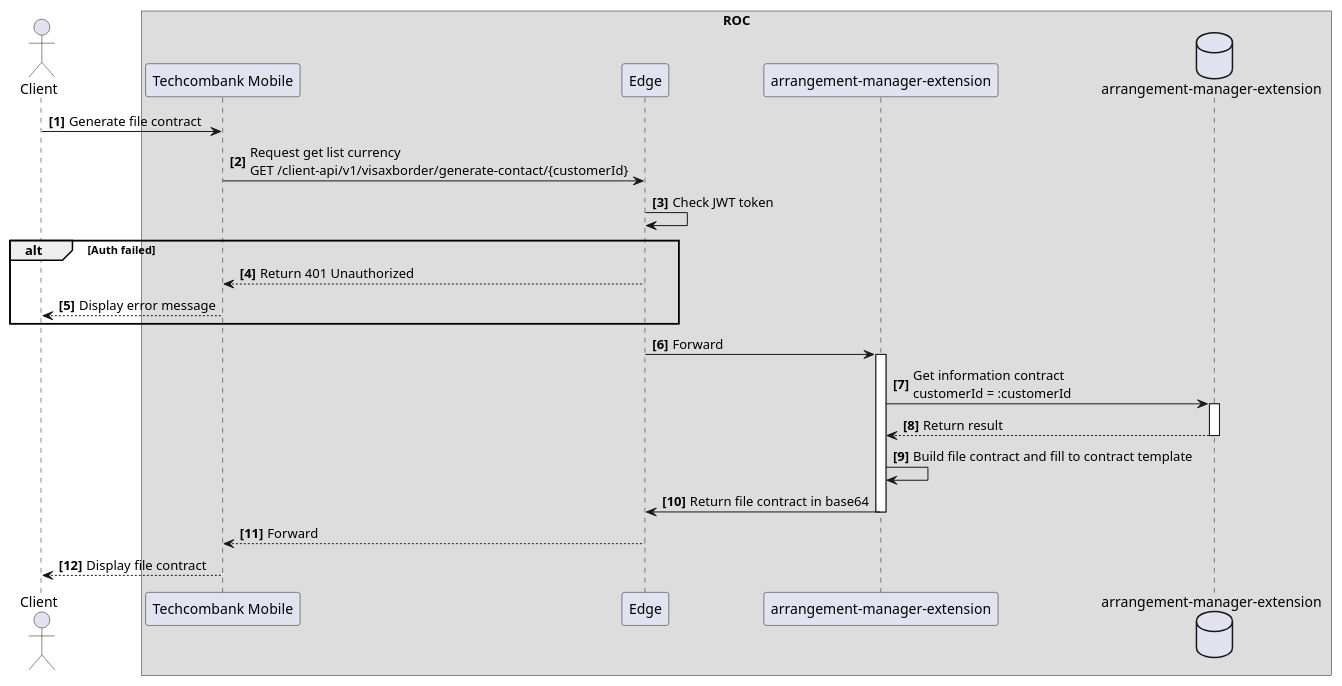
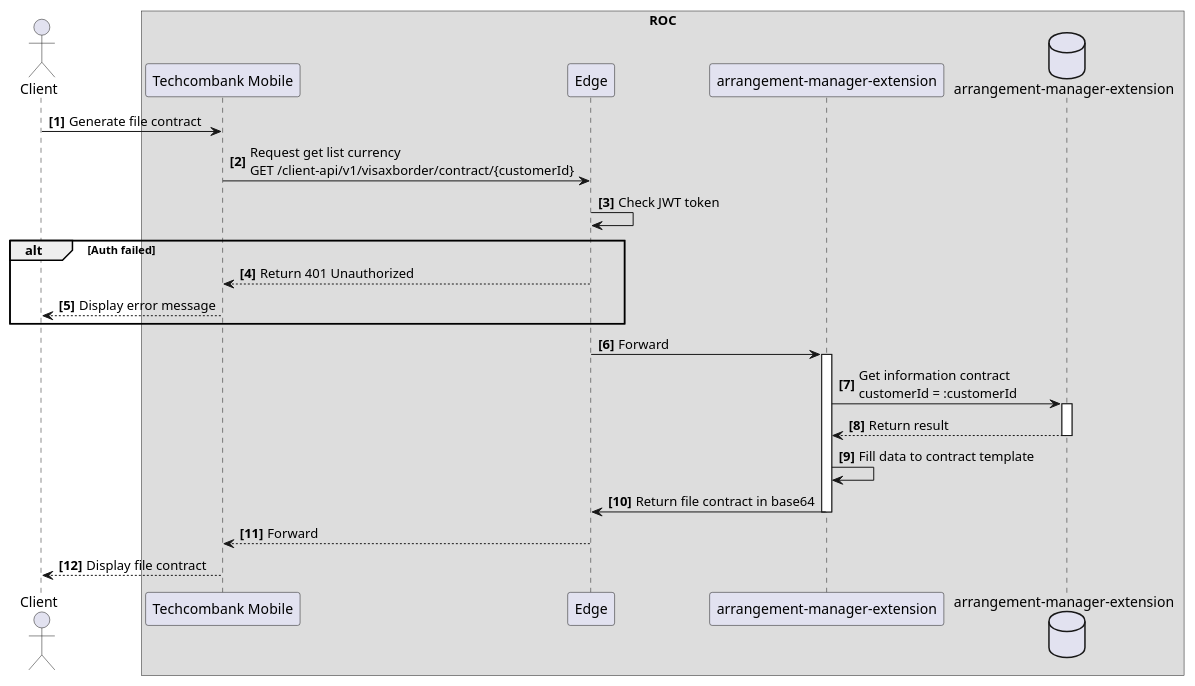
Before and after one commit to lokitechz/sequence: the diagram in Generate file contract.wsd, drawn with PlantUML.

Commit message:
Update contract generation request and processing steps

```diff
--- a/Generate file contract.wsd
+++ b/Generate file contract.wsd
@@ -1,31 +1,31 @@
 @startuml Generate file contract
 
 autonumber "<b>[0]"
 actor Client
 box ROC
 participant "Techcombank Mobile" as TCB
 participant "Edge" as EDGE
 participant "arrangement-manager-extension" as AME
 database "arrangement-manager-extension" as DB
 end box
 
 Client -> TCB: Generate file contract
-TCB -> EDGE: Request get list currency\nGET /client-api/v1/visaxborder/generate-contact/{customerId}
+TCB -> EDGE: Request get list currency\nGET /client-api/v1/visaxborder/contract/{customerId}
 EDGE -> EDGE: Check JWT token
 alt Auth failed
     EDGE --> TCB: Return 401 Unauthorized
     TCB --> Client: Display error message
 end
 EDGE -> AME: Forward
 activate AME
 AME -> DB: Get information contract\ncustomerId = :customerId
 activate DB
 DB --> AME: Return result
 deactivate DB
-AME -> AME: Build file contract and fill to contract template
+AME -> AME: Fill data to contract template
 AME -> EDGE: Return file contract in base64
 deactivate AME
 EDGE --> TCB: Forward
 TCB --> Client: Display file contract
 
 @enduml
```
